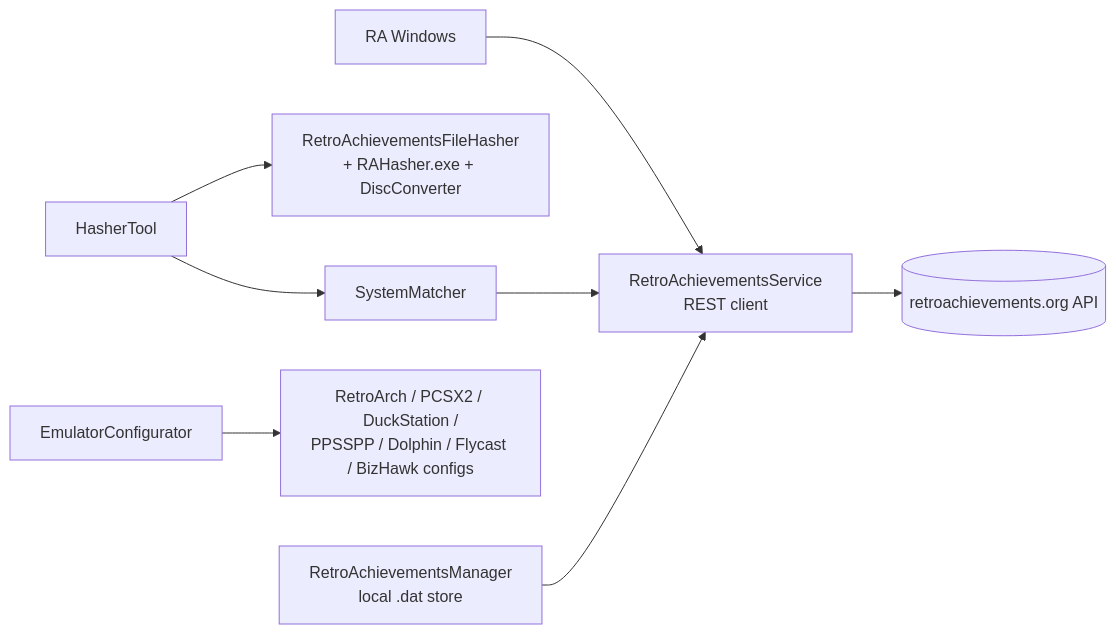
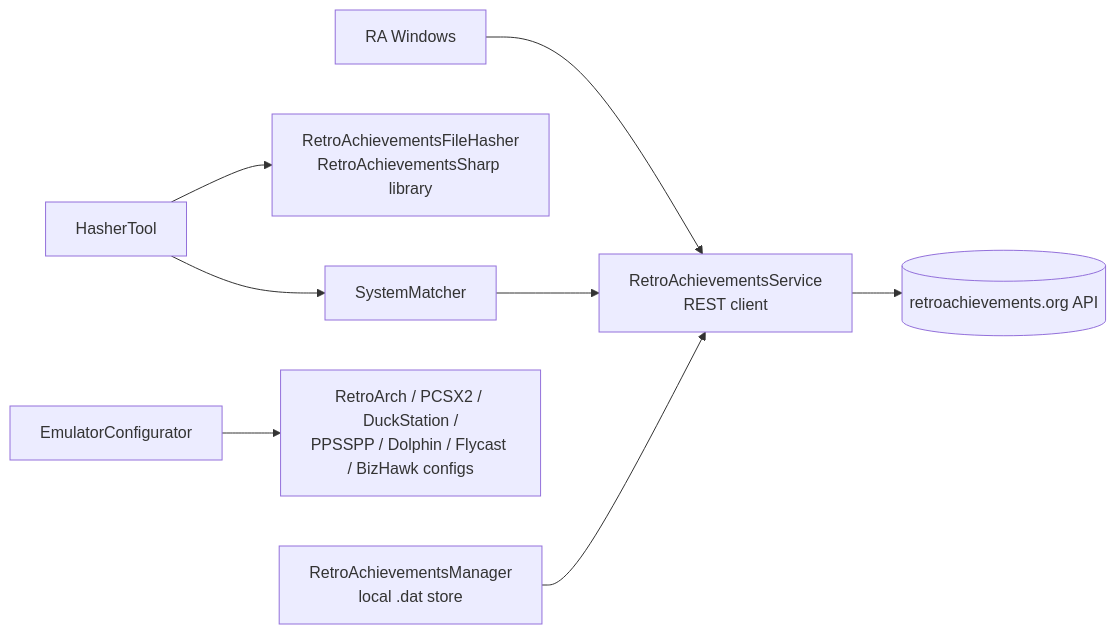
One commit to drpetersonfernandes/SimpleLauncher changed the diagram in docs/09-retroachievements.md. Above: the diagram before and after it, drawn with Mermaid. The commit also changed other lines of this file and 39 other files, not shown here.

First line of the commit message:
refactor: RetroAchievementsSharp hashing, NAudio 3 migration, startup cleanup fixes

````diff
--- a/docs/09-retroachievements.md
+++ b/docs/09-retroachievements.md
@@ -8,10 +8,10 @@
 ```mermaid
 flowchart LR
     U[RA Windows] --> S[RetroAchievementsService<br/>REST client]
     S --> RA[(retroachievements.org API)]
-    H[HasherTool] --> F[RetroAchievementsFileHasher<br/>+ RAHasher.exe + DiscConverter]
+    H[HasherTool] --> F[RetroAchievementsFileHasher<br/>RetroAchievementsSharp library]
     H --> M[SystemMatcher]
     M --> S
     C[EmulatorConfigurator] --> E[RetroArch / PCSX2 / DuckStation /<br/>PPSSPP / Dolphin / Flycast / BizHawk configs]
     Mgr[RetroAchievementsManager<br/>local .dat store] --> S
 ```
````
